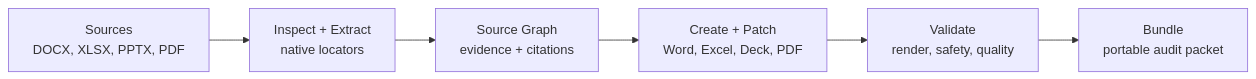
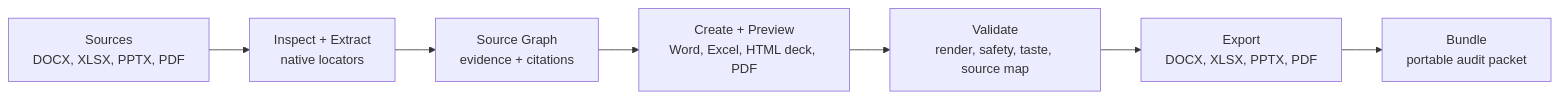
Before and after one commit to tover0314-w/OKoffice: the diagram in README.md, drawn with Mermaid. The commit also changed other lines of this file and 41 other files, not shown here.

Commit message:
Document taste-driven HTML deck pipeline

````diff
--- a/README.md
+++ b/README.md
@@ -48,8 +49,9 @@
 ```mermaid
 flowchart LR
   A["Sources<br/>DOCX, XLSX, PPTX, PDF"] --> B["Inspect + Extract<br/>native locators"]
   B --> C["Source Graph<br/>evidence + citations"]
-  C --> D["Create + Patch<br/>Word, Excel, Deck, PDF"]
-  D --> E["Validate<br/>render, safety, quality"]
-  E --> F["Bundle<br/>portable audit packet"]
+  C --> D["Create + Preview<br/>Word, Excel, HTML deck, PDF"]
+  D --> E["Validate<br/>render, safety, taste, source map"]
+  E --> G["Export<br/>DOCX, XLSX, PPTX, PDF"]
+  G --> F["Bundle<br/>portable audit packet"]
 ```
````
